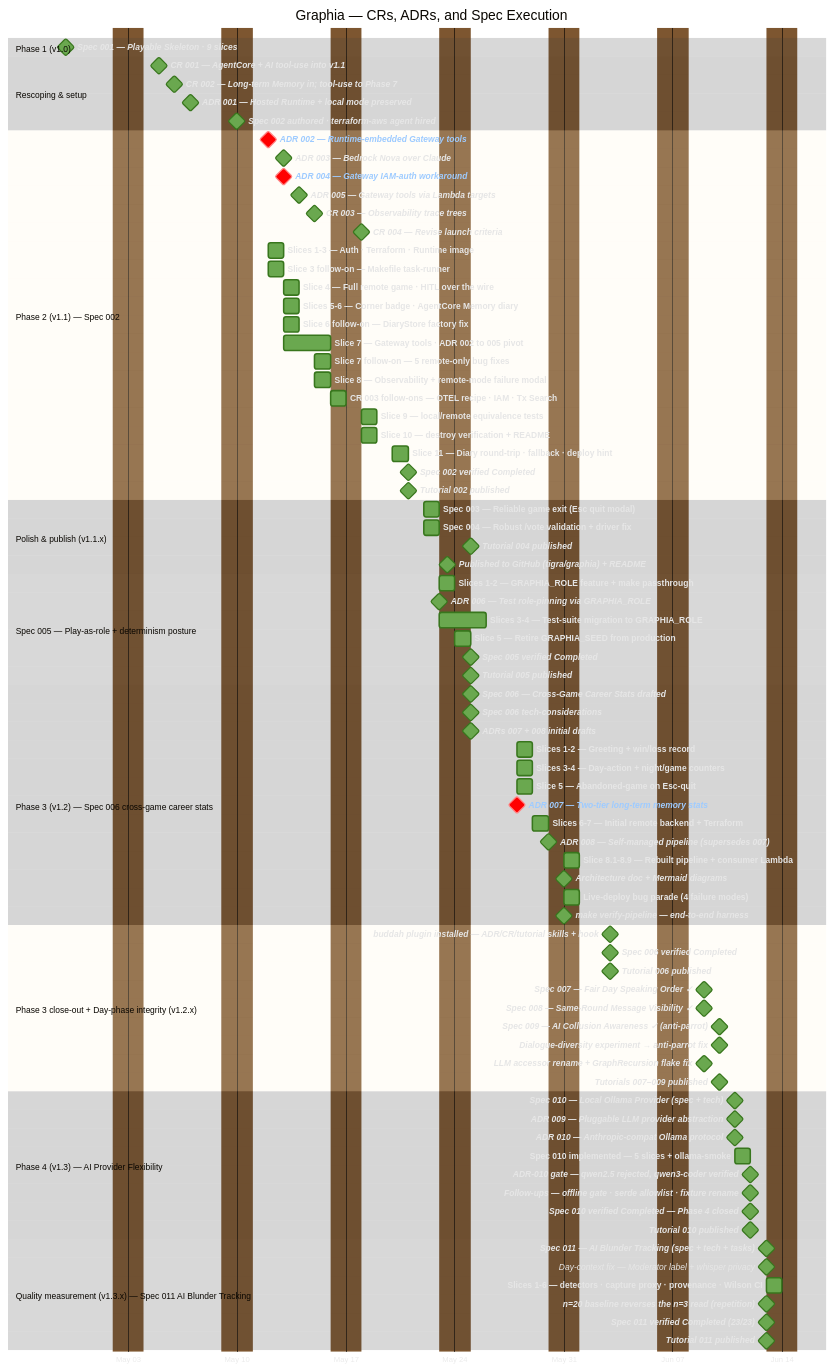
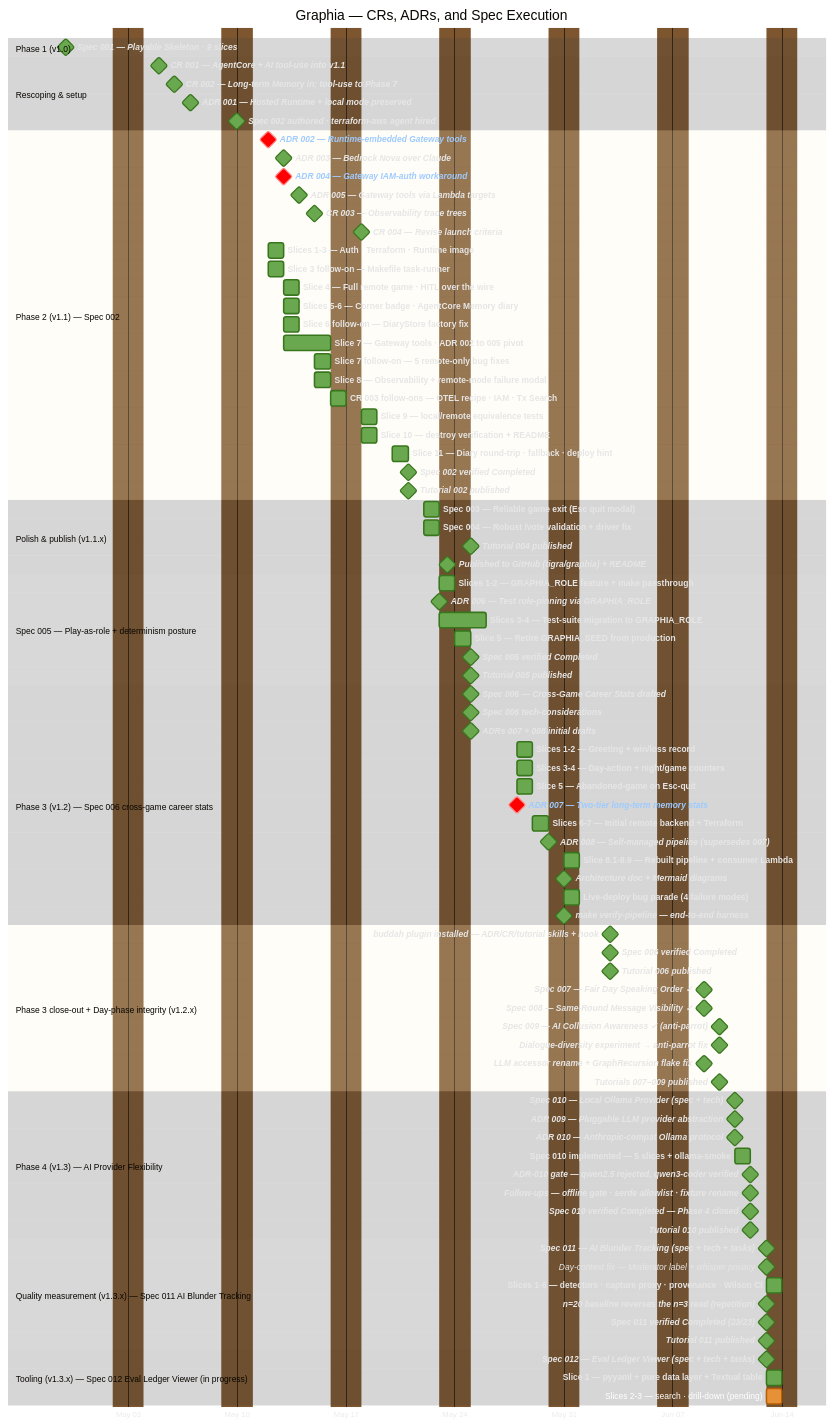
One commit to tigra/graphia changed the diagram in context/project-timeline.md. Above: the diagram before and after it, drawn with Mermaid. The commit also changed other lines of this file and 1 other file, not shown here.

First line of the commit message:
Timeline: Act 12 — Eval Ledger Viewer (spec 012, in progress)

````diff
--- a/context/project-timeline.md
+++ b/context/project-timeline.md
@@ -112,6 +112,11 @@
     Spec 011 verified Completed (23/23)                  :milestone, done, sp11v, 2026-06-13, 0d
     Tutorial 011 published                               :milestone, done, t11, 2026-06-13, 0d
 
+    section Tooling (v1.3.x) — Spec 012 Eval Ledger Viewer (in progress)
+    Spec 012 — Eval Ledger Viewer (spec + tech + tasks)  :milestone, done, sp12, 2026-06-13, 0d
+    Slice 1 — pyyaml + pure data layer + Textual table    :done, sp12s1, 2026-06-13, 1d
+    Slices 2-3 — search · drill-down (pending)            :active, sp12rest, 2026-06-13, 1d
+
     click sp1 href "https://github.com/tigra/graphia/tree/main/context/spec/001-playable-skeleton"
     click m1 href "https://github.com/tigra/graphia/blob/main/context/change-requests/001-agentcore-and-tools-in-scope.md"
     click m2 href "https://github.com/tigra/graphia/blob/main/context/change-requests/002-long-term-memory-for-cross-game-stats.md"
@@ -182,4 +187,6 @@
     click base11 href "https://github.com/tigra/graphia/blob/main/evals/blunder-ledger.yaml"
     click sp11v href "https://github.com/tigra/graphia/blob/main/context/spec/011-ai-blunder-tracking/functional-spec.md"
     click t11 href "https://github.com/tigra/graphia/blob/main/context/tutorials/011-ai-blunder-tracking/tutorial.md"
+    click sp12 href "https://github.com/tigra/graphia/tree/main/context/spec/012-eval-ledger-viewer"
+    click sp12s1 href "https://github.com/tigra/graphia/blob/main/context/spec/012-eval-ledger-viewer/tasks.md"
 ```
````
